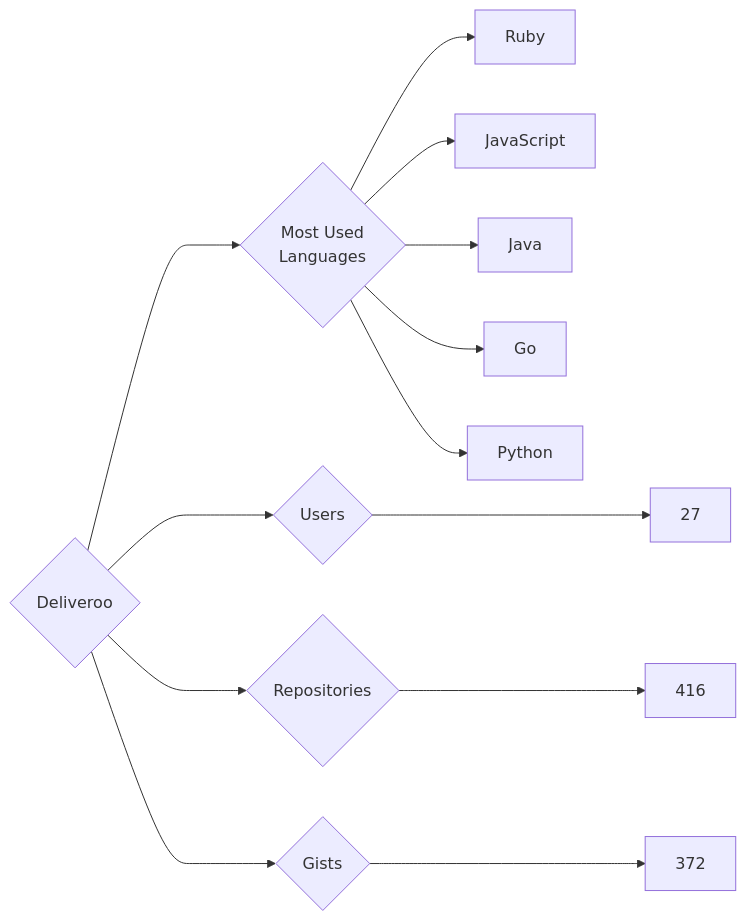
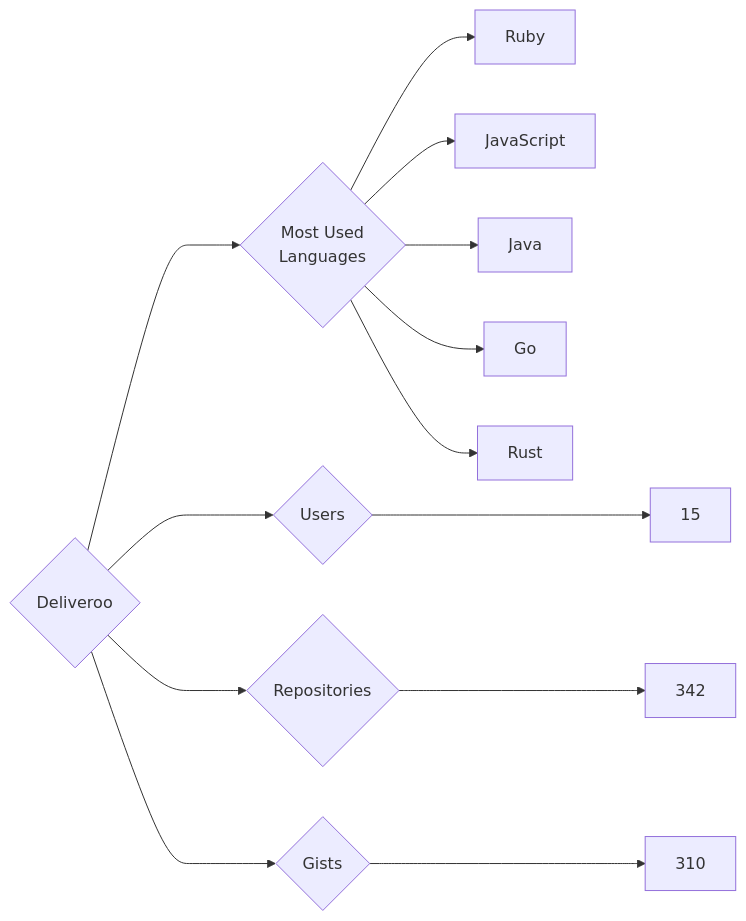
One commit to trickest/insiders changed the diagram in targets/Deliveroo/README.md. Above: the diagram before and after it, drawn with Mermaid. The commit also changed 720 other files, not shown here.

````diff
--- a/targets/Deliveroo/README.md
+++ b/targets/Deliveroo/README.md
@@ -3,13 +3,13 @@
 ```mermaid
 graph LR
 COMPANY_NAME{Deliveroo}
-COMPANY_NAME ---> U{Users} ---> UN[27]
-COMPANY_NAME ---> R{Repositories} ---> RN[416]
-COMPANY_NAME ---> G{Gists} ---> GN[372]
+COMPANY_NAME ---> U{Users} ---> UN[15]
+COMPANY_NAME ---> R{Repositories} ---> RN[342]
+COMPANY_NAME ---> G{Gists} ---> GN[310]
 COMPANY_NAME ---> ML{Most Used<br>Languages}
 ML --> Ruby[Ruby]
 ML --> JavaScript[JavaScript]
 ML --> Java[Java]
 ML --> Go[Go]
-ML --> Python[Python]
+ML --> Rust[Rust]
 ```
````
